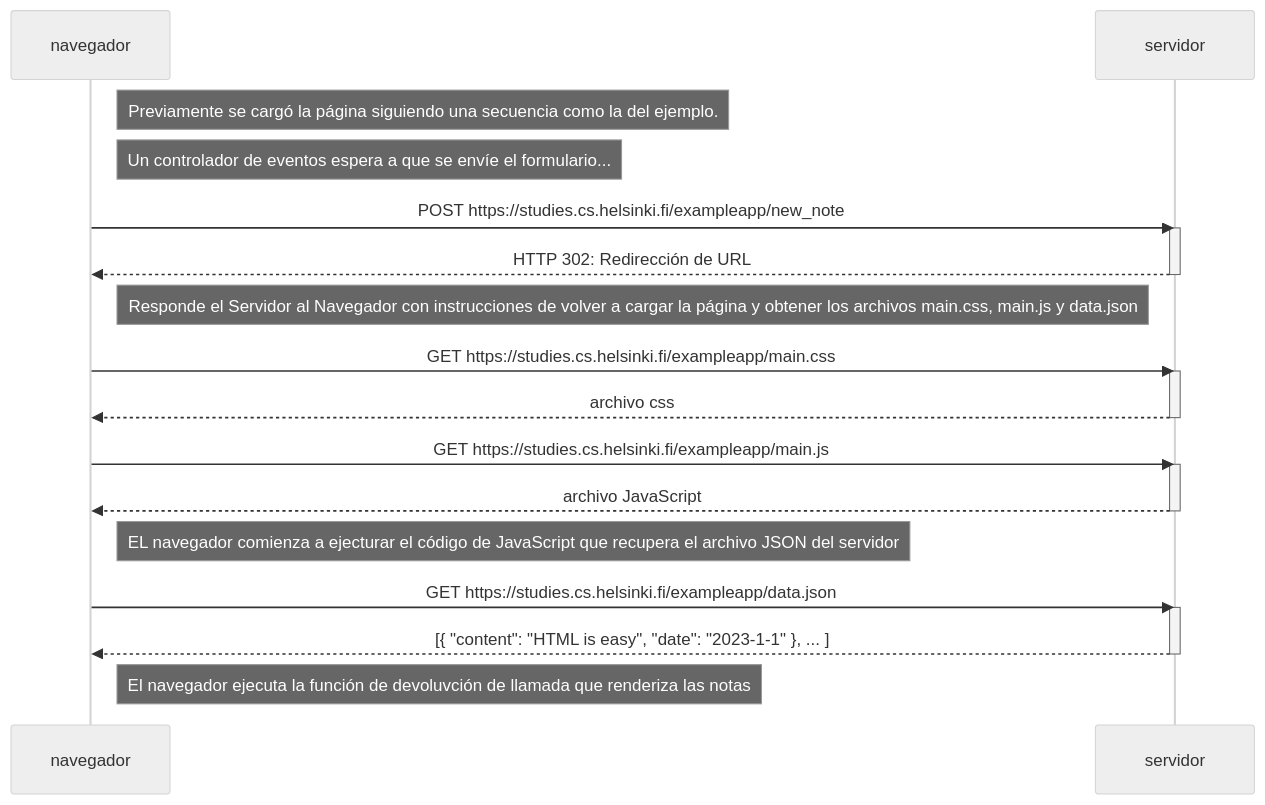
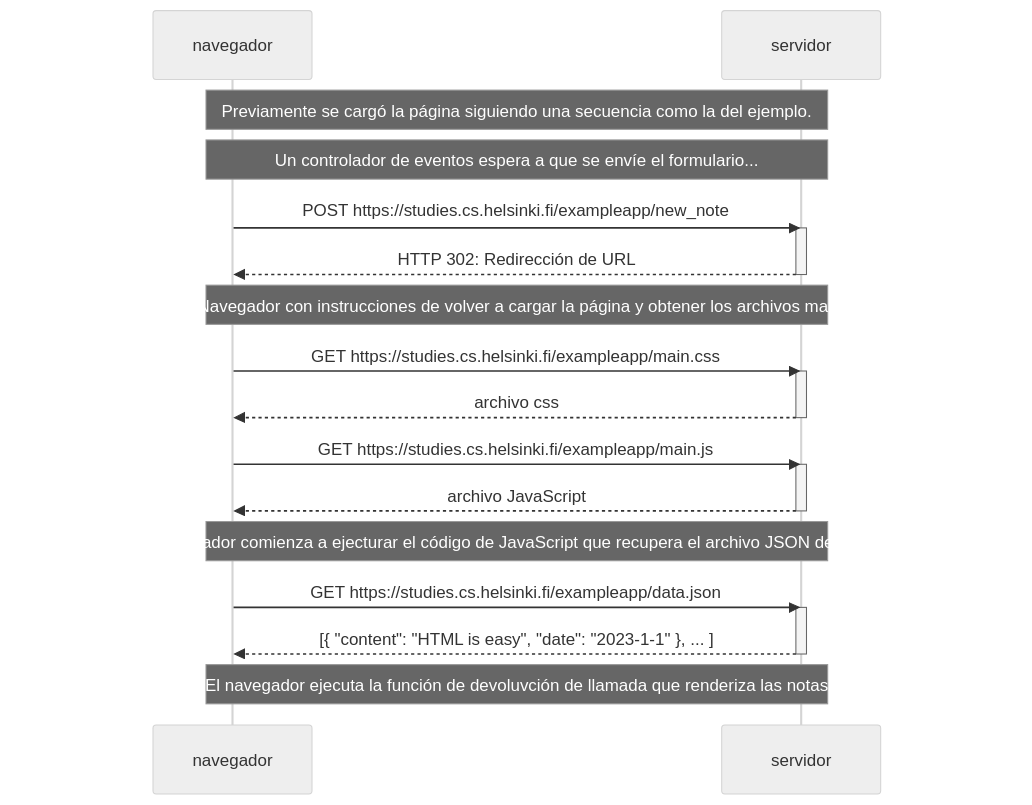
One commit to CuteLoop/fullstack-open changed the diagram in parte-0/ejercicio-0.4.mmd. Above: the diagram before and after it, drawn with Mermaid (neutral theme).

```diff
--- a/parte-0/ejercicio-0.4.mmd
+++ b/parte-0/ejercicio-0.4.mmd
@@ -1,33 +1,33 @@
 sequenceDiagram
     participant navegador
     participant servidor
 
-    Note right of navegador: Previamente se cargó la página siguiendo una secuencia como la del ejemplo.
-    Note right of navegador: Un controlador de eventos espera a que se envíe el formulario...
+    Note over navegador,servidor: Previamente se cargó la página siguiendo una secuencia como la del ejemplo.
+    Note over navegador,servidor: Un controlador de eventos espera a que se envíe el formulario...
 
     navegador->>servidor: POST https://studies.cs.helsinki.fi/exampleapp/new_note
     
     activate servidor
     servidor-->>navegador: HTTP 302: Redirección de URL
     deactivate servidor
 
-    Note right of navegador: Responde el Servidor al Navegador con instrucciones de volver a cargar la página y obtener los archivos main.css, main.js y data.json
+   Note over navegador,servidor: Responde el Servidor al Navegador con instrucciones de volver a cargar la página y obtener los archivos main.css, main.js y data.json
 
     navegador->>servidor: GET https://studies.cs.helsinki.fi/exampleapp/main.css
     activate servidor
     servidor-->>navegador: archivo css
     deactivate servidor
 
     navegador->>servidor: GET https://studies.cs.helsinki.fi/exampleapp/main.js
     activate servidor
     servidor-->>navegador: archivo JavaScript
     deactivate servidor
 
-    Note right of navegador: EL navegador comienza a ejecturar el código de JavaScript que recupera el archivo JSON del servidor
+    Note over navegador,servidor: EL navegador comienza a ejecturar el código de JavaScript que recupera el archivo JSON del servidor
 
     navegador->>servidor: GET https://studies.cs.helsinki.fi/exampleapp/data.json
     activate servidor
     servidor-->>navegador: [{ "content": "HTML is easy", "date": "2023-1-1" }, ... ]
     deactivate servidor
 
-    Note right of navegador: El navegador ejecuta la función de devoluvción de llamada que renderiza las notas
+   Note over navegador,servidor: El navegador ejecuta la función de devoluvción de llamada que renderiza las notas
```
